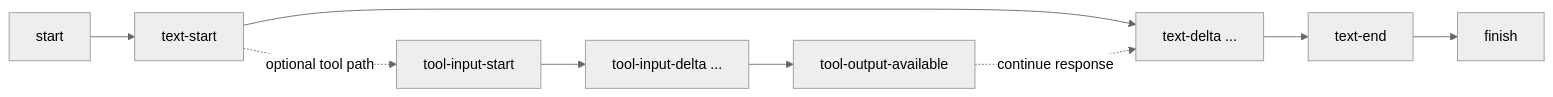
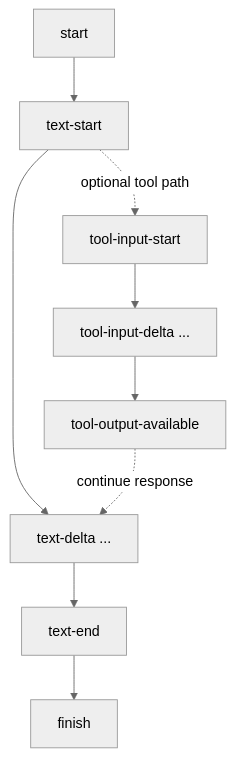
The second of 3 diagrams in docs/view-content-artifact-viewer.md (fkatelyn/agent311), drawn with Mermaid (neutral theme) before and after one commit.

Commit message:
Switch flowchart to top-down layout

````diff
--- a/docs/view-content-artifact-viewer.md
+++ b/docs/view-content-artifact-viewer.md
@@ -48,12 +48,12 @@
 ```mermaid
-flowchart LR
-    A[start] --> B[text-start]
-    B --> C[text-delta ...]
-    C --> D[text-end]
-    D --> E[finish]
+flowchart TD
+  A[start] --> B[text-start]
+  B --> C[text-delta ...]
+  C --> D[text-end]
+  D --> E[finish]
 
-    B -. optional tool path .-> T1[tool-input-start]
-    T1 --> T2[tool-input-delta ...]
-    T2 --> T3[tool-output-available]
-    T3 -. continue response .-> C
+  B -. optional tool path .-> T1[tool-input-start]
+  T1 --> T2[tool-input-delta ...]
+  T2 --> T3[tool-output-available]
+  T3 -. continue response .-> C
 ```
````
